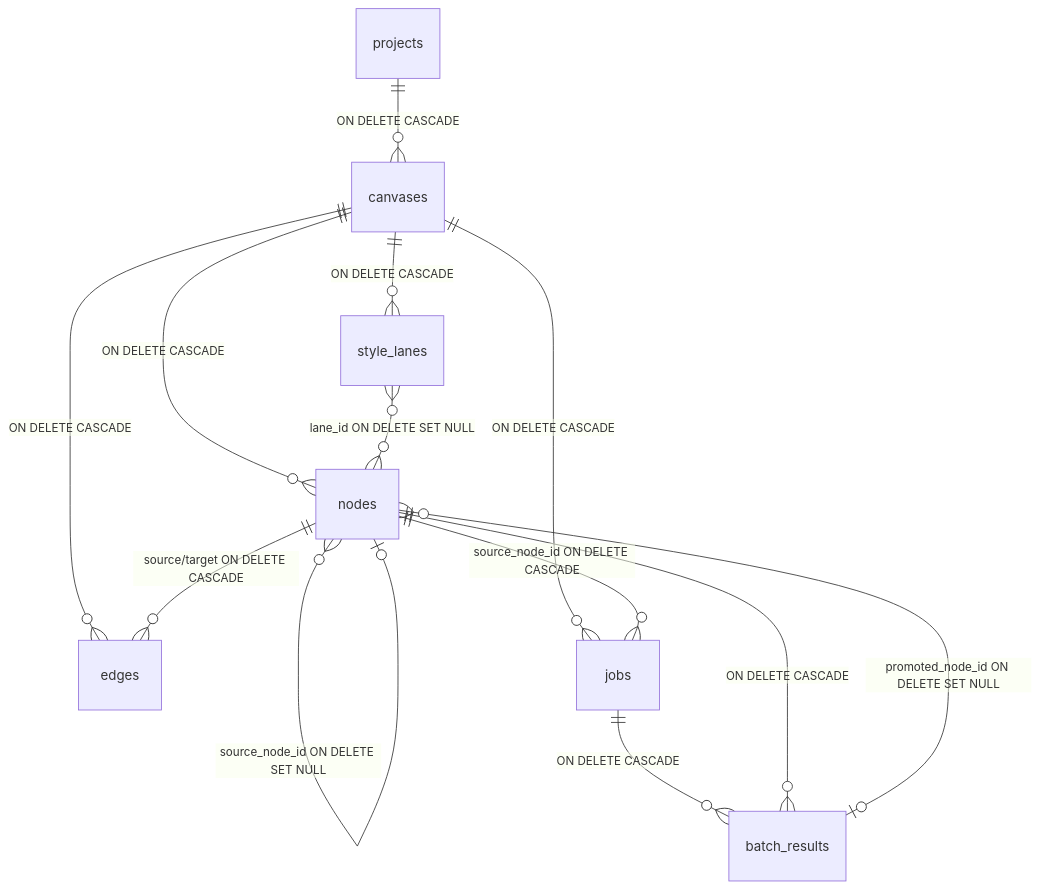
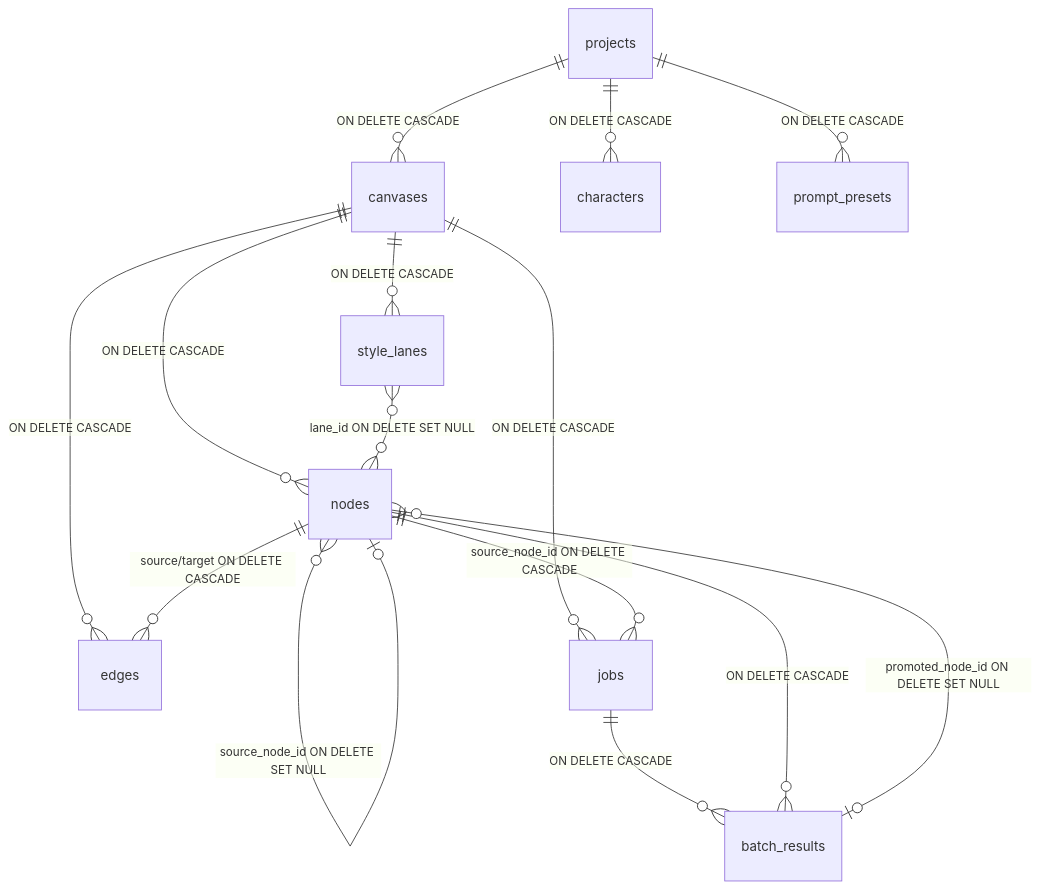
One commit to KerroKapple/InkFrame changed the diagram in docs/DATABASE.md. Above: the diagram before and after it, drawn with Mermaid. The commit also changed other lines of this file and 21 other files, not shown here.

````diff
--- a/docs/DATABASE.md
+++ b/docs/DATABASE.md
@@ -20,15 +20,17 @@
 ```mermaid
 erDiagram
   projects ||--o{ canvases : "ON DELETE CASCADE"
   canvases ||--o{ nodes : "ON DELETE CASCADE"
   canvases ||--o{ edges : "ON DELETE CASCADE"
   canvases ||--o{ style_lanes : "ON DELETE CASCADE"
   canvases ||--o{ jobs : "ON DELETE CASCADE"
   nodes ||--o{ edges : "source/target ON DELETE CASCADE"
   nodes }o--o| nodes : "source_node_id ON DELETE SET NULL"
   style_lanes }o--o{ nodes : "lane_id ON DELETE SET NULL"
   nodes ||--o{ jobs : "source_node_id ON DELETE CASCADE"
   jobs ||--o{ batch_results : "ON DELETE CASCADE"
   nodes ||--o{ batch_results : "ON DELETE CASCADE"
   nodes }o--o| batch_results : "promoted_node_id ON DELETE SET NULL"
+  projects ||--o{ characters : "ON DELETE CASCADE"
+  projects ||--o{ prompt_presets : "ON DELETE CASCADE"
 ```
````
